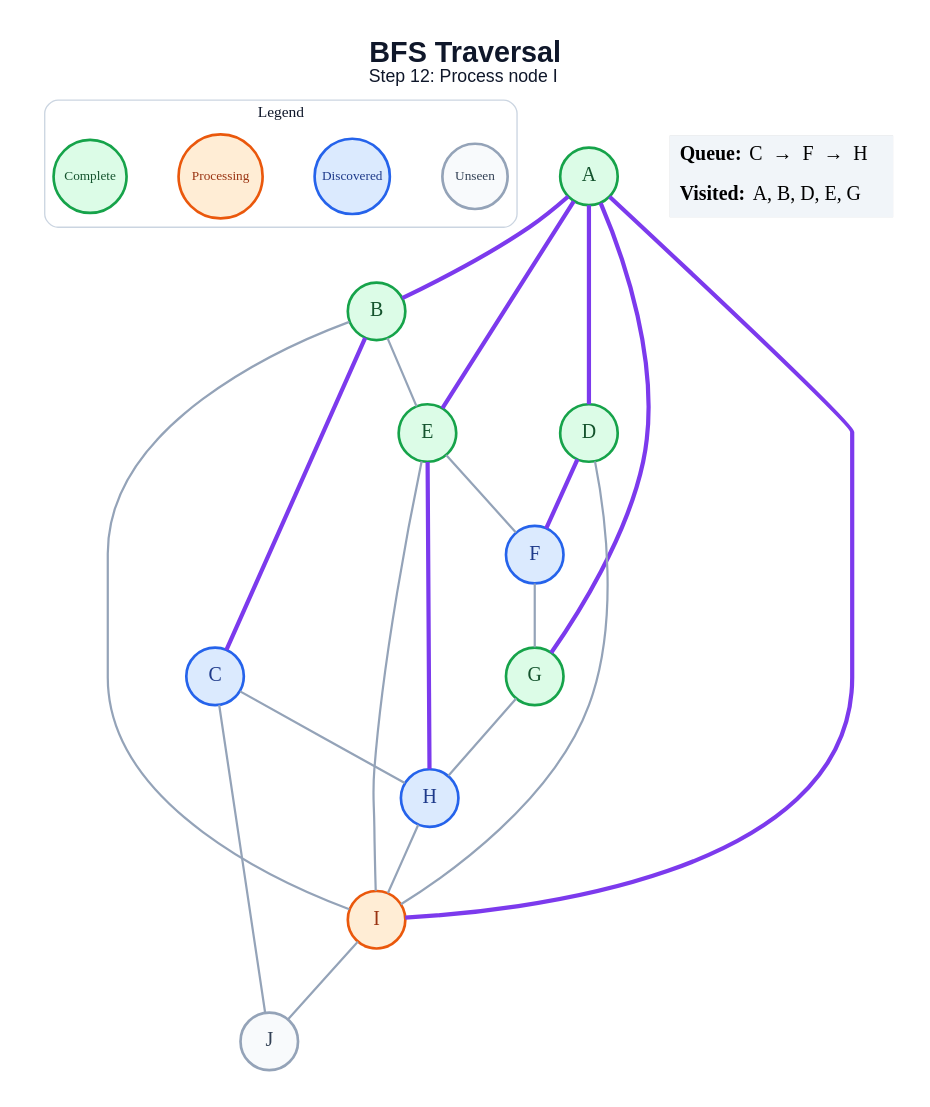
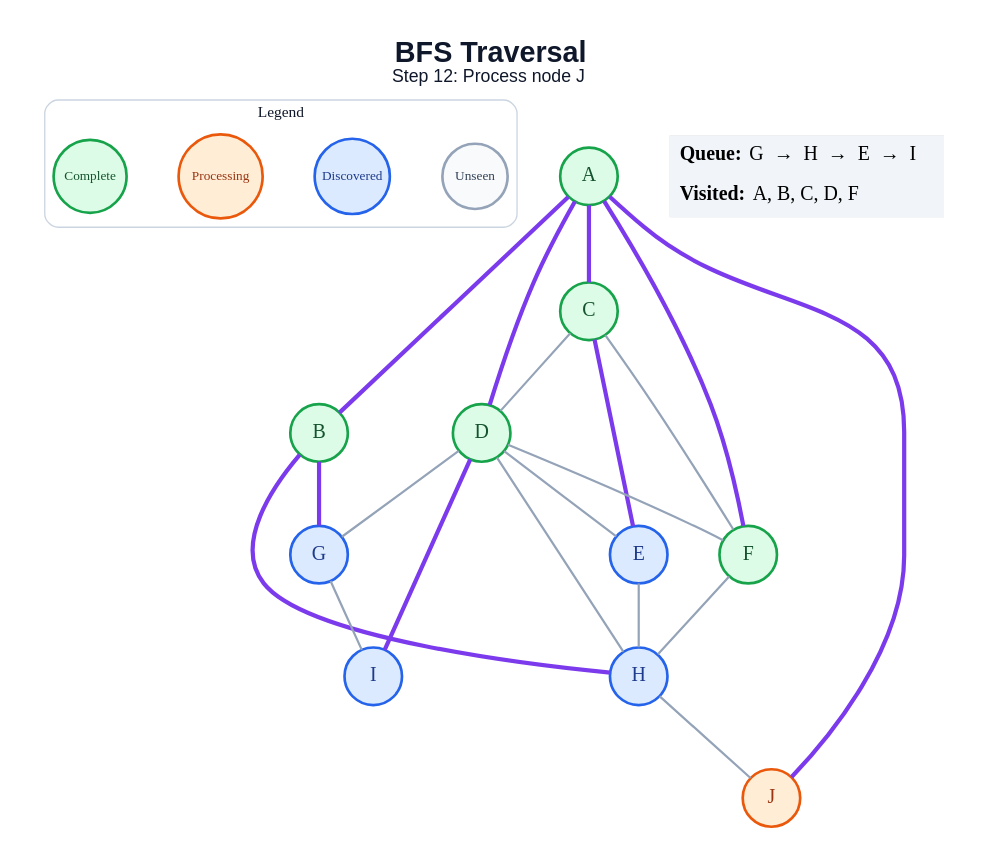
One commit to anon7238593-create/ai-slop changed the diagram in generated/bfs/step_12.dot. Above: the diagram before and after it, drawn with Graphviz. The commit also changed 178 other files, not shown here.

```diff
--- a/generated/bfs/step_12.dot
+++ b/generated/bfs/step_12.dot
@@ -1,48 +1,48 @@
 graph traversal {
   graph [layout=dot, rankdir=TB, bgcolor="#FFFFFF", pad="0.35", nodesep="0.65", ranksep="0.8", fontname="Arial"];
   node [shape=circle, style="filled", fontname="Arial Bold", fontsize=18, width=0.72, fixedsize=true, penwidth=2.4];
   edge [color="#94A3B8", penwidth=2.0];
-  label=<<B>BFS Traversal</B><BR/><FONT POINT-SIZE="16">Step 12: Process node I</FONT>>; labelloc="t"; fontsize=26; fontname="Arial"; fontcolor="#0F172A";
+  label=<<B>BFS Traversal</B><BR/><FONT POINT-SIZE="16">Step 12: Process node J</FONT>>; labelloc="t"; fontsize=26; fontname="Arial"; fontcolor="#0F172A";
   subgraph cluster_legend { label="Legend"; color="#CBD5E1"; penwidth=1.2; style="rounded"; fontsize=14; fontname="Arial Bold";
     key_unseen [label="Unseen", fillcolor="#F8FAFC", color="#94A3B8", fontcolor="#334155", fontsize=12, width=0.82];
     key_frontier [label="Discovered", fillcolor="#DBEAFE", color="#2563EB", fontcolor="#1E3A8A", fontsize=12, width=0.95];
     key_current [label="Processing", fillcolor="#FFEDD5", color="#EA580C", fontcolor="#9A3412", fontsize=12, width=1.05];
     key_done [label="Complete", fillcolor="#DCFCE7", color="#16A34A", fontcolor="#14532D", fontsize=12, width=0.92];
     { rank=same; key_unseen; key_frontier; key_current; key_done; }
   }
   A [fillcolor="#DCFCE7", color="#16A34A", fontcolor="#14532D"];
   B [fillcolor="#DCFCE7", color="#16A34A", fontcolor="#14532D"];
-  C [fillcolor="#DBEAFE", color="#2563EB", fontcolor="#1E3A8A"];
+  C [fillcolor="#DCFCE7", color="#16A34A", fontcolor="#14532D"];
   D [fillcolor="#DCFCE7", color="#16A34A", fontcolor="#14532D"];
-  E [fillcolor="#DCFCE7", color="#16A34A", fontcolor="#14532D"];
-  F [fillcolor="#DBEAFE", color="#2563EB", fontcolor="#1E3A8A"];
-  G [fillcolor="#DCFCE7", color="#16A34A", fontcolor="#14532D"];
+  E [fillcolor="#DBEAFE", color="#2563EB", fontcolor="#1E3A8A"];
+  F [fillcolor="#DCFCE7", color="#16A34A", fontcolor="#14532D"];
+  G [fillcolor="#DBEAFE", color="#2563EB", fontcolor="#1E3A8A"];
   H [fillcolor="#DBEAFE", color="#2563EB", fontcolor="#1E3A8A"];
-  I [fillcolor="#FFEDD5", color="#EA580C", fontcolor="#9A3412"];
-  J [fillcolor="#F8FAFC", color="#94A3B8", fontcolor="#334155"];
+  I [fillcolor="#DBEAFE", color="#2563EB", fontcolor="#1E3A8A"];
+  J [fillcolor="#FFEDD5", color="#EA580C", fontcolor="#9A3412"];
   A -- B [color="#7C3AED", penwidth=3.8];
+  A -- C [color="#7C3AED", penwidth=3.8];
   A -- D [color="#7C3AED", penwidth=3.8];
-  A -- E [color="#7C3AED", penwidth=3.8];
-  A -- G [color="#7C3AED", penwidth=3.8];
-  A -- I [color="#7C3AED", penwidth=3.8];
-  B -- C [color="#7C3AED", penwidth=3.8];
-  B -- E;
-  B -- I;
-  C -- H;
-  C -- J;
-  D -- F [color="#7C3AED", penwidth=3.8];
-  D -- I;
-  E -- F;
-  E -- H [color="#7C3AED", penwidth=3.8];
-  E -- I;
-  F -- G;
-  G -- H;
-  H -- I;
-  I -- J;
+  A -- F [color="#7C3AED", penwidth=3.8];
+  A -- J [color="#7C3AED", penwidth=3.8];
+  B -- G [color="#7C3AED", penwidth=3.8];
+  B -- H [color="#7C3AED", penwidth=3.8];
+  C -- D;
+  C -- E [color="#7C3AED", penwidth=3.8];
+  C -- F;
+  D -- E;
+  D -- F;
+  D -- G;
+  D -- H;
+  D -- I [color="#7C3AED", penwidth=3.8];
+  E -- H;
+  F -- H;
+  G -- I;
+  H -- J;
   status [shape=plain, fixedsize=false, width=0, height=0, margin=0, label=<
     <TABLE BORDER="0" CELLBORDER="0" CELLPADDING="7" BGCOLOR="#F1F5F9">
-      <TR><TD ALIGN="LEFT"><B>Queue:</B> C  →  F  →  H</TD></TR>
-      <TR><TD ALIGN="LEFT"><B>Visited:</B> A, B, D, E, G</TD></TR>
+      <TR><TD ALIGN="LEFT"><B>Queue:</B> G  →  H  →  E  →  I</TD></TR>
+      <TR><TD ALIGN="LEFT"><B>Visited:</B> A, B, C, D, F</TD></TR>
     </TABLE>
   >];
 }
```
